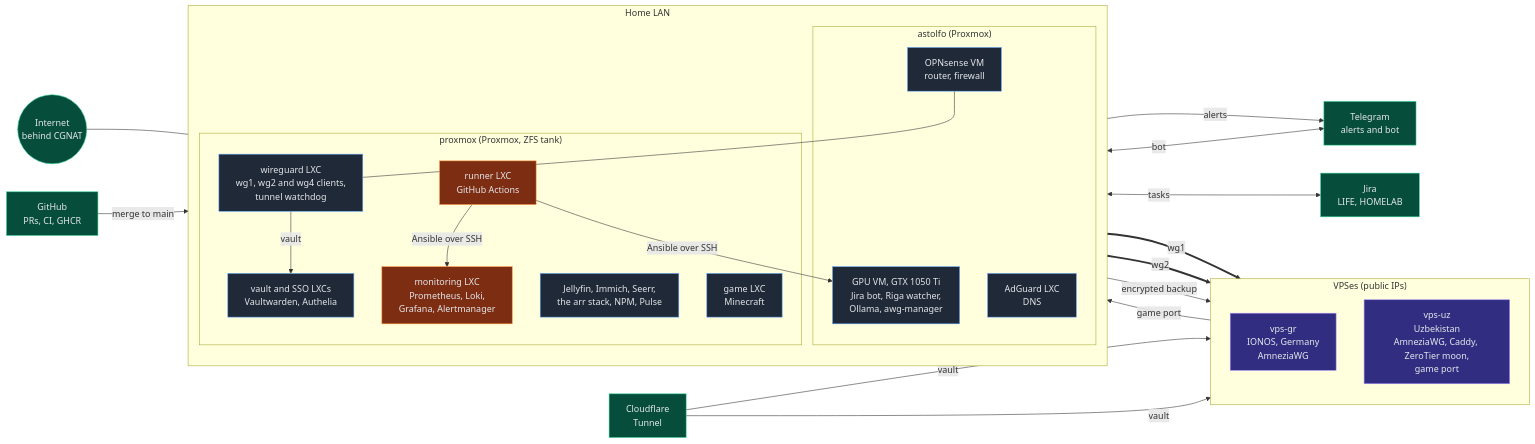
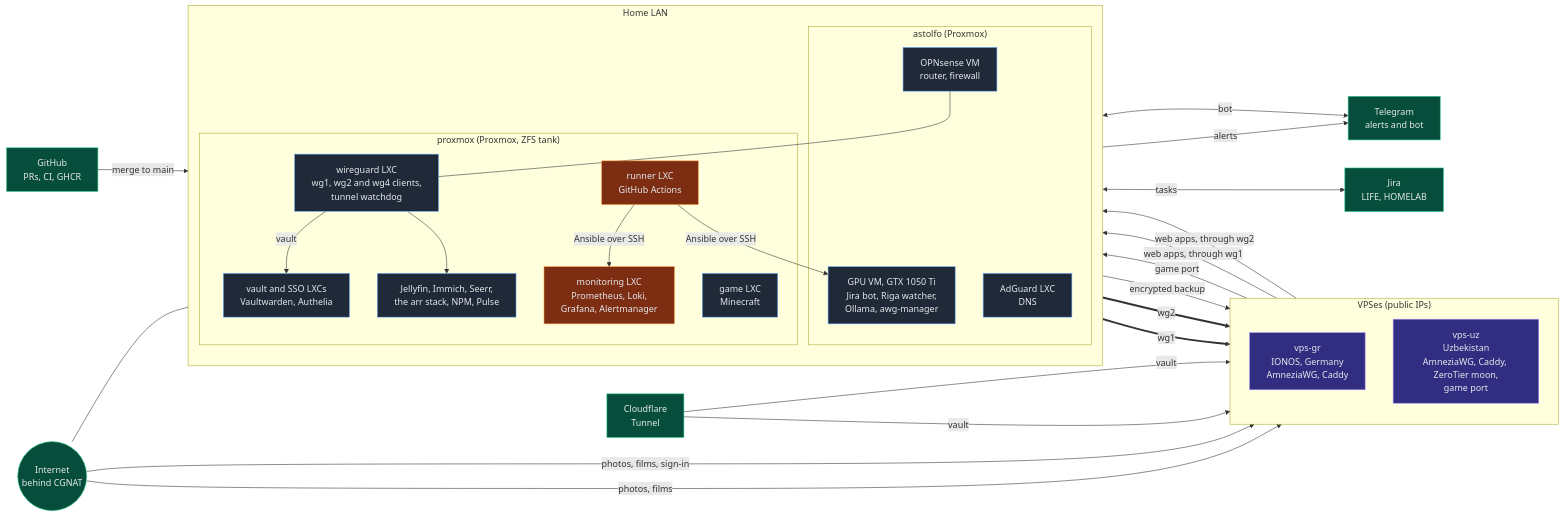
Before and after one commit to ayzek-sempai/homelab-showcase: the first of 2 diagrams in README.md, drawn with Mermaid. The commit also changed other lines of this file and 6 other files, not shown here.

````diff
--- a/README.md
+++ b/README.md
@@ -52,52 +52,57 @@
 ```mermaid
 flowchart LR
     classDef home fill:#1f2937,stroke:#60a5fa,color:#e5e7eb
     classDef vps fill:#312e81,stroke:#a78bfa,color:#e5e7eb
     classDef ext fill:#064e3b,stroke:#34d399,color:#e5e7eb
     classDef ops fill:#7c2d12,stroke:#fb923c,color:#e5e7eb
 
     NET(("Internet<br/>behind CGNAT")):::ext
     GH["GitHub<br/>PRs, CI, GHCR"]:::ext
     TG["Telegram<br/>alerts and bot"]:::ext
     JIRA["Jira<br/>LIFE, HOMELAB"]:::ext
     CF["Cloudflare<br/>Tunnel"]:::ext
 
     subgraph VPS["VPSes (public IPs)"]
         direction TB
-        GR["vps-gr<br/>IONOS, Germany<br/>AmneziaWG"]:::vps
+        GR["vps-gr<br/>IONOS, Germany<br/>AmneziaWG, Caddy"]:::vps
         UZ["vps-uz<br/>Uzbekistan<br/>AmneziaWG, Caddy, ZeroTier moon,<br/>game port"]:::vps
     end
 
     subgraph HOME["Home LAN"]
         direction TB
         subgraph ASTOLFO["astolfo (Proxmox)"]
             OPN["OPNsense VM<br/>router, firewall"]:::home
             GPU["GPU VM, GTX 1050 Ti<br/>Jira bot, Riga watcher,<br/>Ollama, awg-manager"]:::home
             ADG["AdGuard LXC<br/>DNS"]:::home
         end
         subgraph PROXMOX["proxmox (Proxmox, ZFS tank)"]
             WGCT["wireguard LXC<br/>wg1, wg2 and wg4 clients,<br/>tunnel watchdog"]:::home
             RUN["runner LXC<br/>GitHub Actions"]:::ops
             MON["monitoring LXC<br/>Prometheus, Loki,<br/>Grafana, Alertmanager"]:::ops
             APPS["Jellyfin, Immich, Seerr,<br/>the arr stack, NPM, Pulse"]:::home
             VAULT["vault and SSO LXCs<br/>Vaultwarden, Authelia"]:::home
             GAME["game LXC<br/>Minecraft"]:::home
         end
     end
 
     NET --- OPN
     OPN --- WGCT
+    NET -- "photos, films" --> GR
+    NET -- "photos, films, sign-in" --> UZ
     WGCT == "wg1" ==> GR
     WGCT == "wg2" ==> UZ
     GH -- "merge to main" --> RUN
     RUN -- "Ansible over SSH" --> GPU
     RUN -- "Ansible over SSH" --> MON
     MON -- "alerts" --> TG
     VAULT -- "encrypted backup" --> VPS
     UZ -- "game port" --> GAME
+    GR -- "web apps, through wg1" --> WGCT
+    UZ -- "web apps, through wg2" --> WGCT
+    WGCT --> APPS
     CF -- "vault" --> GR
     CF -- "vault" --> UZ
     WGCT -- "vault" --> VAULT
     GPU <-- "bot" --> TG
     GPU <-- "tasks" --> JIRA
 ```
````
